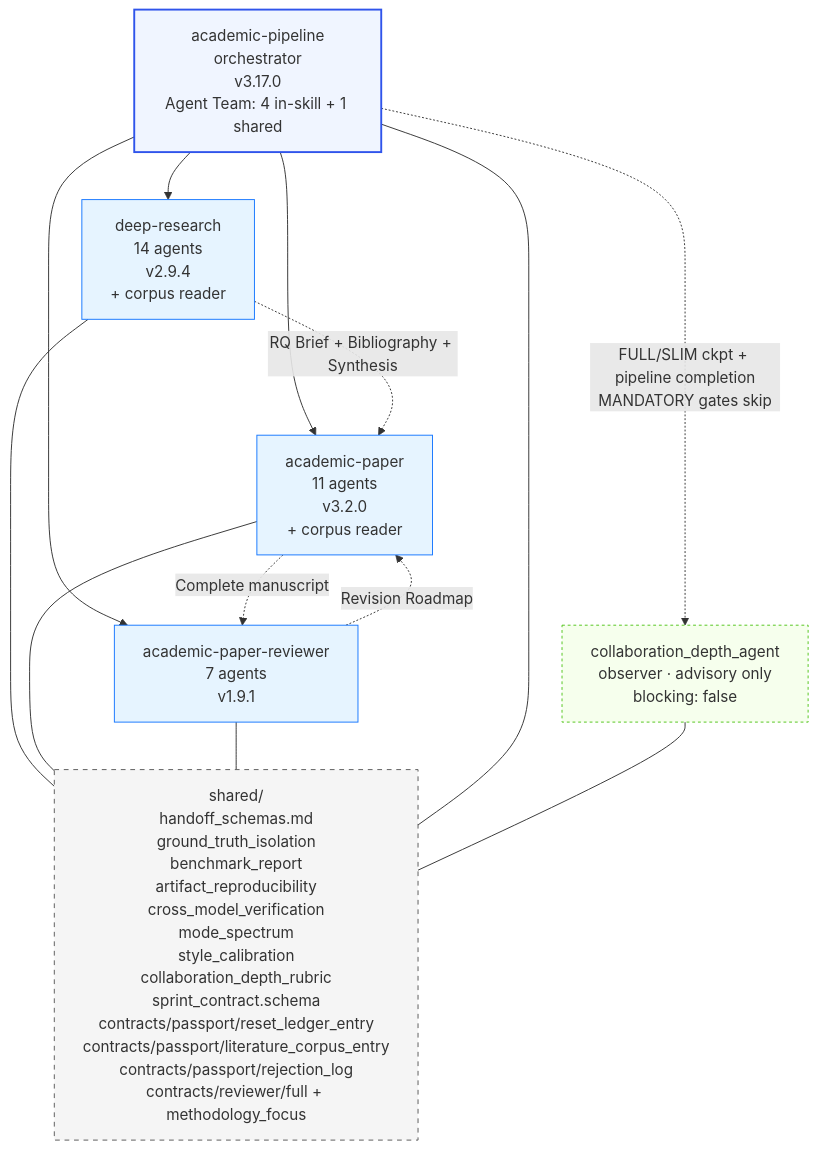
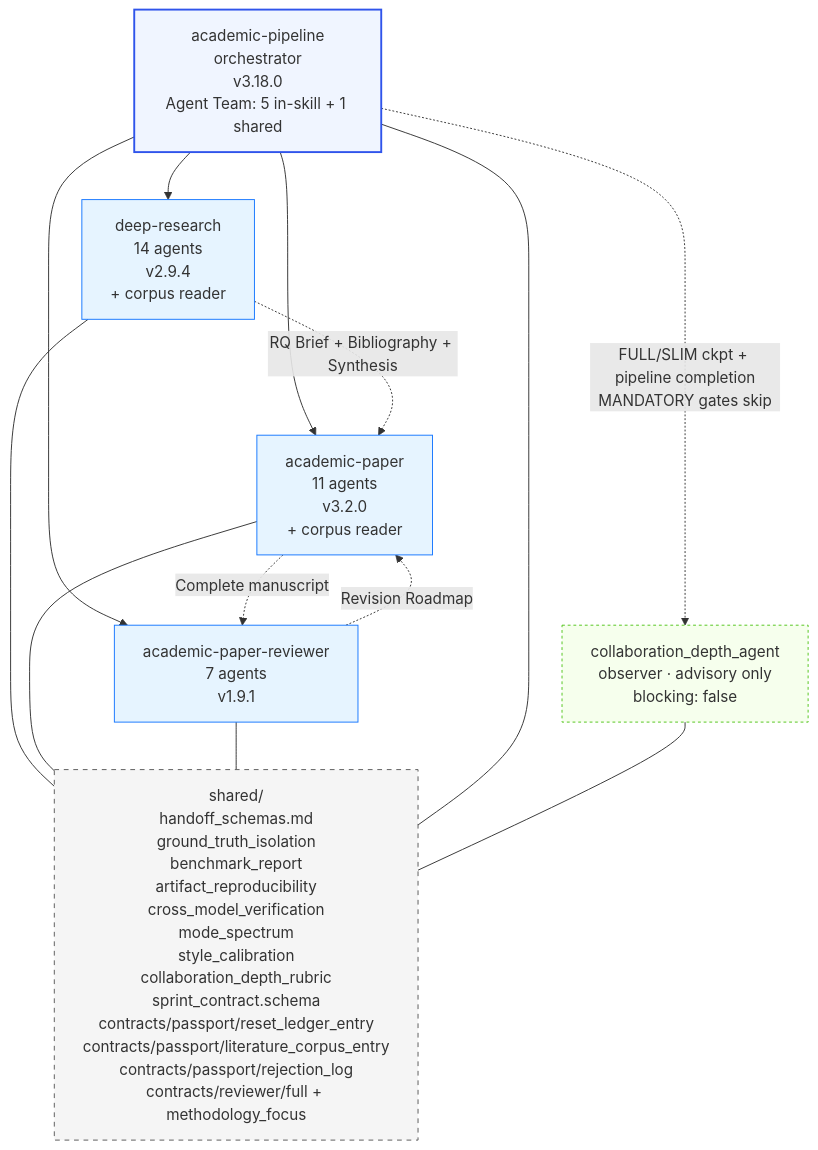
Before and after one commit to pouriamrt/academic-research-skills: the fourth of 5 diagrams in docs/ARCHITECTURE.md, drawn with Mermaid. The commit also changed 6 other files, not shown here.

````diff
--- a/docs/ARCHITECTURE.md
+++ b/docs/ARCHITECTURE.md
@@ -200,31 +200,31 @@
 ```mermaid
 graph TD
-    Pipeline[academic-pipeline<br/>orchestrator<br/>v3.17.0<br/>Agent Team: 4 in-skill + 1 shared]
+    Pipeline[academic-pipeline<br/>orchestrator<br/>v3.18.0<br/>Agent Team: 5 in-skill + 1 shared]
     Observer[collaboration_depth_agent<br/>observer · advisory only<br/>blocking: false]
     DR[deep-research<br/>14 agents<br/>v2.9.4<br/>+ corpus reader]
     AP[academic-paper<br/>11 agents<br/>v3.2.0<br/>+ corpus reader]
     APR[academic-paper-reviewer<br/>7 agents<br/>v1.9.1]
     Shared[shared/<br/>handoff_schemas.md<br/>ground_truth_isolation<br/>benchmark_report<br/>artifact_reproducibility<br/>cross_model_verification<br/>mode_spectrum<br/>style_calibration<br/>collaboration_depth_rubric<br/>sprint_contract.schema<br/>contracts/passport/reset_ledger_entry<br/>contracts/passport/literature_corpus_entry<br/>contracts/passport/rejection_log<br/>contracts/reviewer/full + methodology_focus]
 
     Pipeline --> DR
     Pipeline --> AP
     Pipeline --> APR
     Pipeline -. "FULL/SLIM ckpt + pipeline completion<br/>MANDATORY gates skip" .-> Observer
     DR -. "RQ Brief + Bibliography + Synthesis" .-> AP
     AP -. "Complete manuscript" .-> APR
     APR -. "Revision Roadmap" .-> AP
     DR --- Shared
     AP --- Shared
     APR --- Shared
     Pipeline --- Shared
     Observer --- Shared
 
     classDef orch fill:#f0f5ff,stroke:#2f54eb,stroke-width:2px
     classDef skill fill:#e6f4ff,stroke:#1677ff
     classDef shared fill:#f5f5f5,stroke:#595959,stroke-dasharray:5 5
     classDef observer fill:#f6ffed,stroke:#52c41a,stroke-dasharray:3 3
     class Pipeline orch
     class DR,AP,APR skill
     class Shared shared
     class Observer observer
 ```
````
